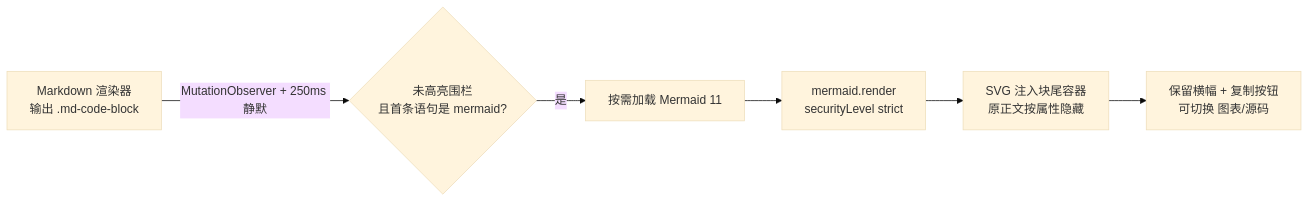
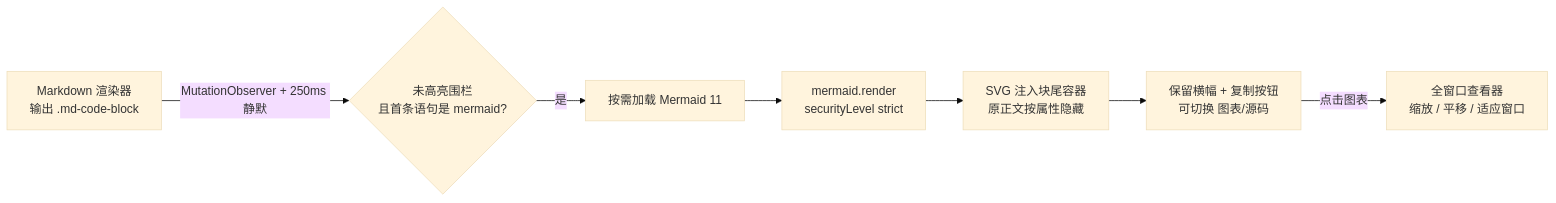
One commit to realguan/dsh-mermaid-preview changed the diagram in README.md. Above: the diagram before and after it, drawn with Mermaid (base theme). The commit also changed other lines of this file and 8 other files, not shown here.

First line of the commit message:
feat: 点击图表放大查看，跟随 dsh 语言，收掉图表上的代码块横幅（0.4.0）

````diff
--- a/README.md
+++ b/README.md
@@ -101,8 +106,9 @@
 ```mermaid
 flowchart LR
     A[Markdown 渲染器<br/>输出 .md-code-block] -->|MutationObserver + 250ms 静默| B{未高亮围栏<br/>且首条语句是 mermaid?}
     B -->|是| C[按需加载 Mermaid 11]
     C --> D[mermaid.render<br/>securityLevel strict]
     D --> E[SVG 注入块尾容器<br/>原正文按属性隐藏]
     E --> F[保留横幅 + 复制按钮<br/>可切换 图表/源码]
+    F -->|点击图表| G[全窗口查看器<br/>缩放 / 平移 / 适应窗口]
 ```
````
